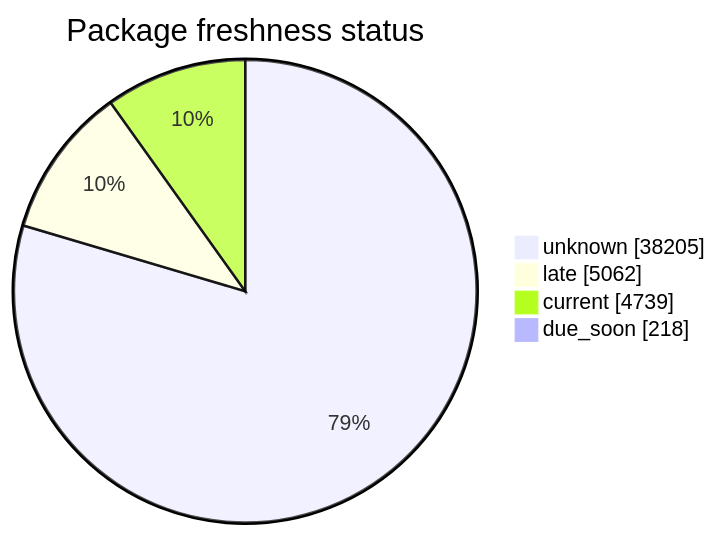
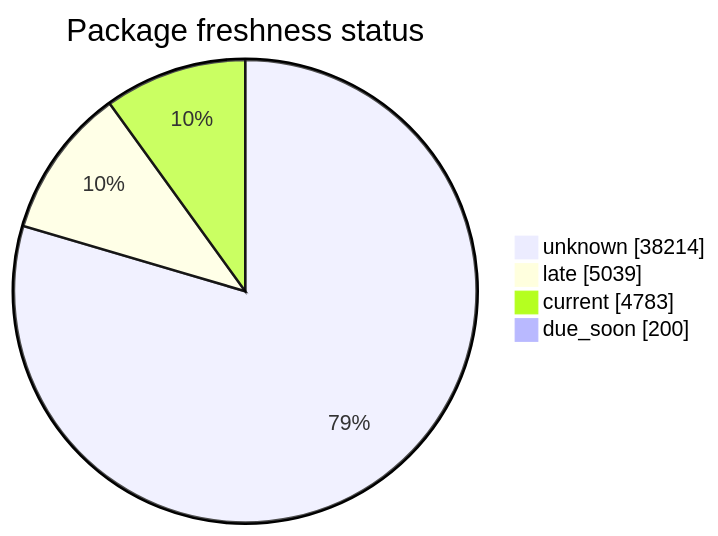
One commit to open-data/analytics-corporate-reporting changed the second of 5 diagrams in FreshCheck/README.md. Above: the diagram before and after it, drawn with Mermaid. The commit also changed other lines of this file and 3 other files, not shown here.

````diff
--- a/FreshCheck/README.md
+++ b/FreshCheck/README.md
@@ -68,7 +68,7 @@
 ```mermaid
 pie showData title Package freshness status
-    "unknown": 38205
-    "late": 5062
-    "current": 4739
-    "due_soon": 218
+    "unknown": 38214
+    "late": 5039
+    "current": 4783
+    "due_soon": 200
 ```
````
